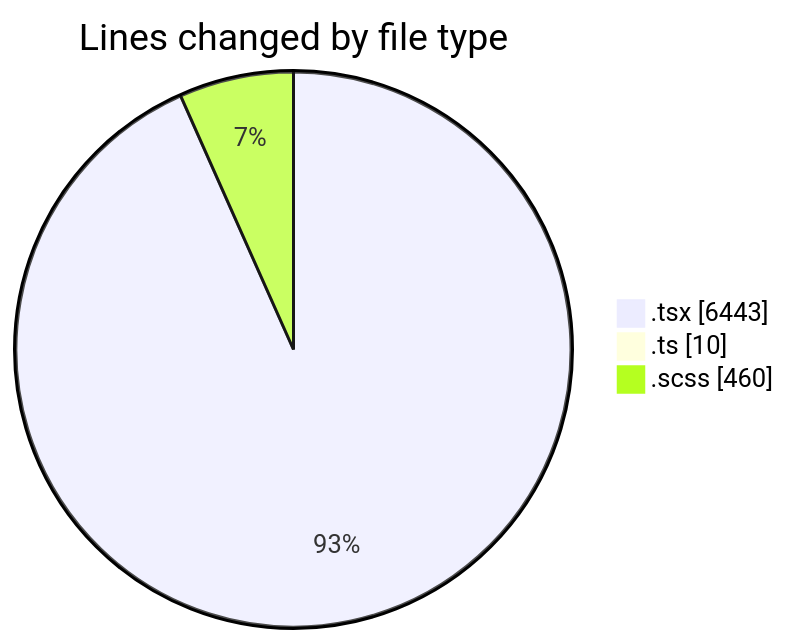
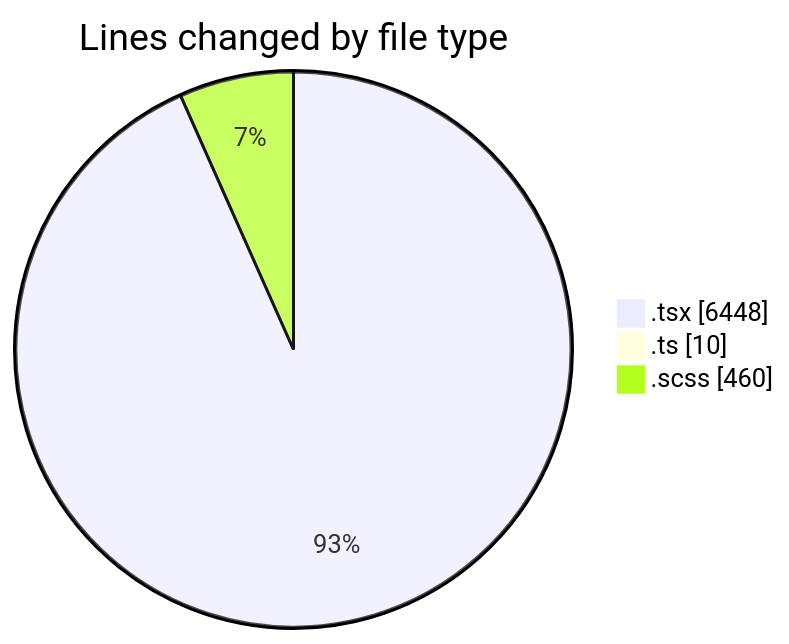
Before and after one commit to momahboobian/code-tracking: the first of 2 diagrams in 2025-11-17/cda/README.md, drawn with Mermaid. The commit also changed other lines of this file and 1 other file, not shown here.

````diff
--- a/2025-11-17/cda/README.md
+++ b/2025-11-17/cda/README.md
@@ -31,7 +31,7 @@
 ```mermaid
 pie showData
 title Lines changed by file type
-".tsx" : 6443
+".tsx" : 6448
 ".ts" : 10
 ".scss" : 460
 ```
````
